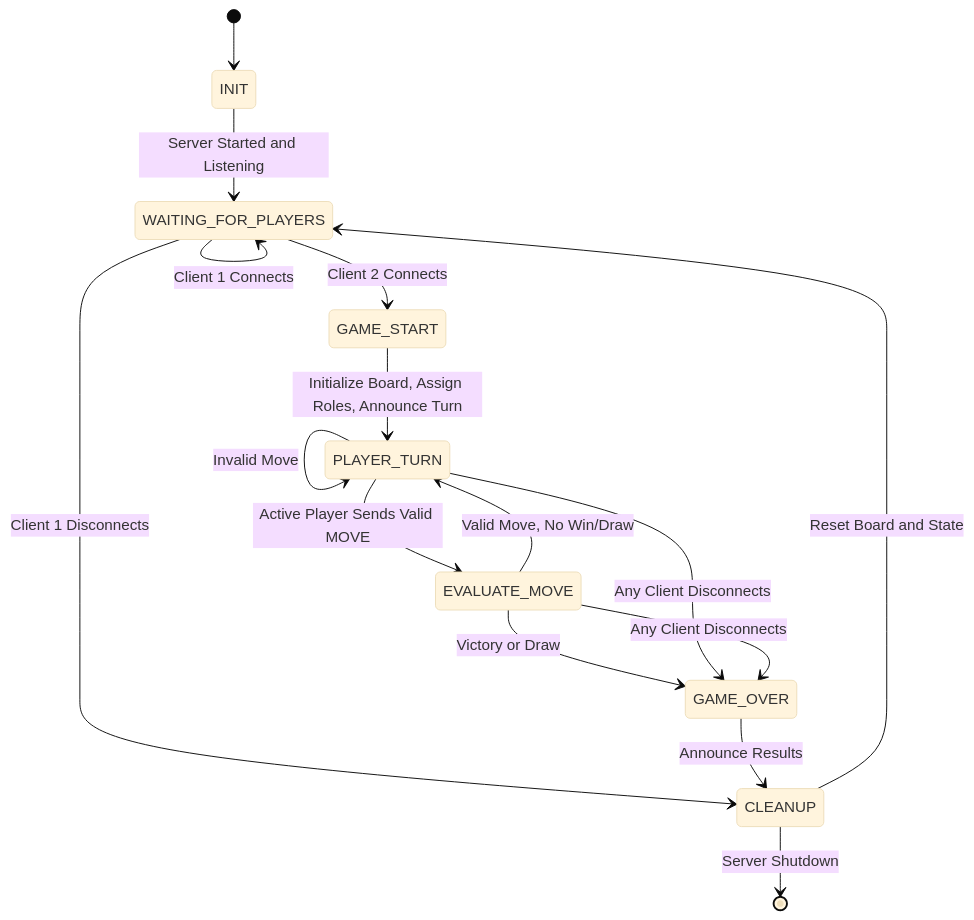
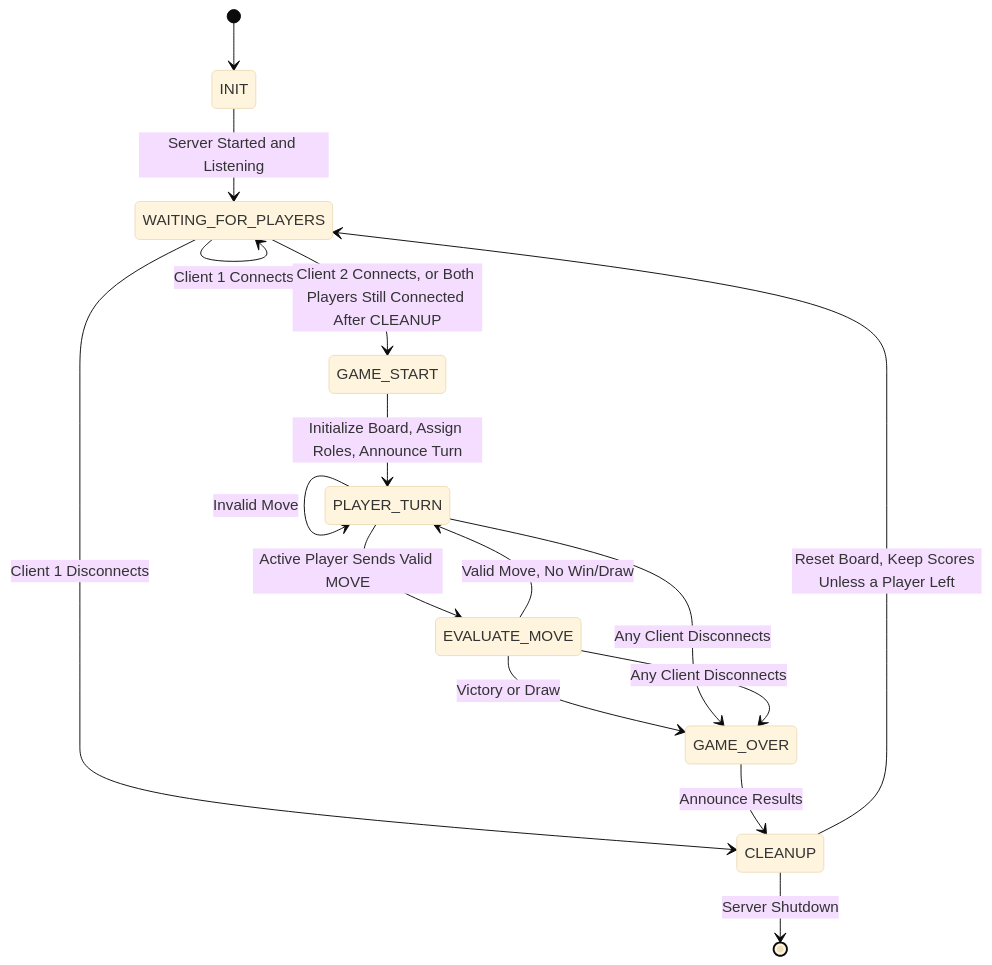
One commit to mylavencill/CS-457-Final-Project changed the diagram in fsm_specification.md. Above: the diagram before and after it, drawn with Mermaid (base theme).

Commit message:
Update FSM to reflect added rematch functionality

````diff
--- a/fsm_specification.md
+++ b/fsm_specification.md
@@ -3,27 +3,27 @@
 ```mermaid
 stateDiagram-v2
     [*] --> INIT
     
     INIT --> WAITING_FOR_PLAYERS : Server Started and Listening
     
     WAITING_FOR_PLAYERS --> WAITING_FOR_PLAYERS : Client 1 Connects
-    WAITING_FOR_PLAYERS --> GAME_START : Client 2 Connects
+    WAITING_FOR_PLAYERS --> GAME_START : Client 2 Connects, or Both Players Still Connected After CLEANUP
     
     GAME_START --> PLAYER_TURN : Initialize Board, Assign Roles, Announce Turn
     
     PLAYER_TURN --> EVALUATE_MOVE : Active Player Sends Valid MOVE
     PLAYER_TURN --> PLAYER_TURN : Invalid Move
     
     EVALUATE_MOVE --> PLAYER_TURN : Valid Move, No Win/Draw
     EVALUATE_MOVE --> GAME_OVER : Victory or Draw
     
     %% Error Handling & Disconnect State Transitions
     WAITING_FOR_PLAYERS --> CLEANUP : Client 1 Disconnects
     PLAYER_TURN --> GAME_OVER : Any Client Disconnects
     EVALUATE_MOVE --> GAME_OVER : Any Client Disconnects
     
     GAME_OVER --> CLEANUP : Announce Results
     
-    CLEANUP --> WAITING_FOR_PLAYERS : Reset Board and State
+    CLEANUP --> WAITING_FOR_PLAYERS : Reset Board, Keep Scores Unless a Player Left
     CLEANUP --> [*] : Server Shutdown
 ```
````
